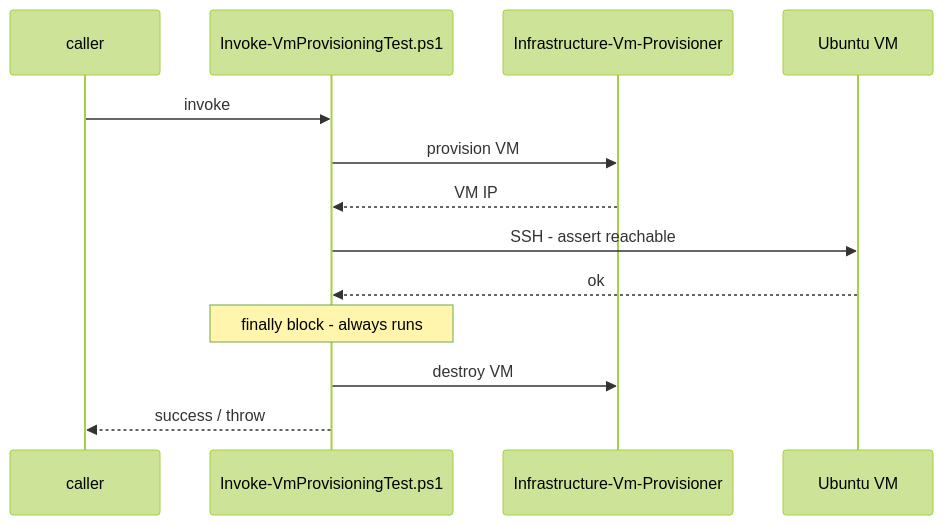
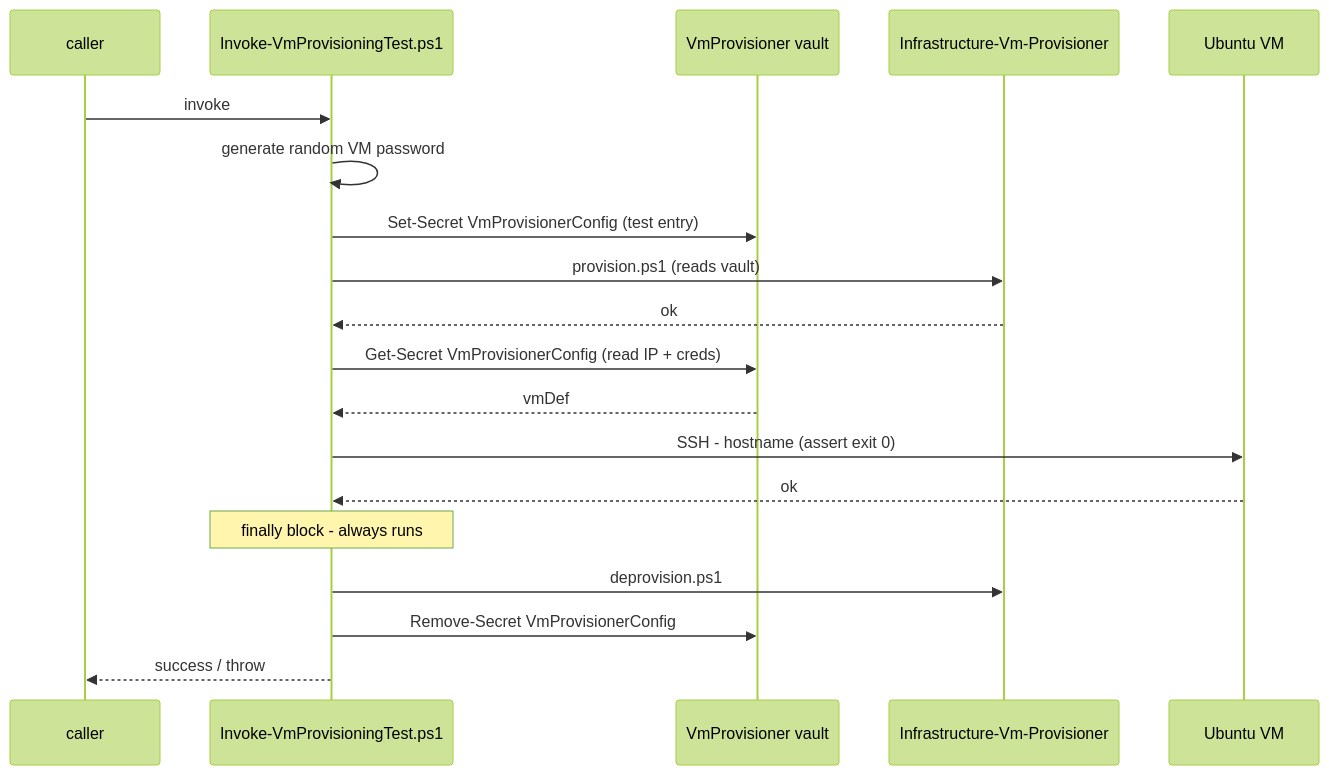
The ninth of 12 diagrams in docs/dev/implementation/01 - initial implementation/plan.md (Klark-Morrigan/Infrastructure-E2E), drawn with Mermaid (forest theme) before and after one commit. The commit also changed other lines of this file, not shown here.

````diff
--- a/docs/dev/implementation/01 - initial implementation/plan.md
+++ b/docs/dev/implementation/01 - initial implementation/plan.md
@@ -473,16 +554,22 @@
 ```mermaid
 sequenceDiagram
     participant C as caller
     participant T as Invoke-VmProvisioningTest.ps1
+    participant V as VmProvisioner vault
     participant PROV as Infrastructure-Vm-Provisioner
     participant VM as Ubuntu VM
 
     C->>T: invoke
-    T->>PROV: provision VM
-    PROV-->>T: VM IP
-    T->>VM: SSH - assert reachable
+    T->>T: generate random VM password
+    T->>V: Set-Secret VmProvisionerConfig (test entry)
+    T->>PROV: provision.ps1 (reads vault)
+    PROV-->>T: ok
+    T->>V: Get-Secret VmProvisionerConfig (read IP + creds)
+    V-->>T: vmDef
+    T->>VM: SSH - hostname (assert exit 0)
     VM-->>T: ok
     note over T: finally block - always runs
-    T->>PROV: destroy VM
+    T->>PROV: deprovision.ps1
+    T->>V: Remove-Secret VmProvisionerConfig
     T-->>C: success / throw
 ```
````
